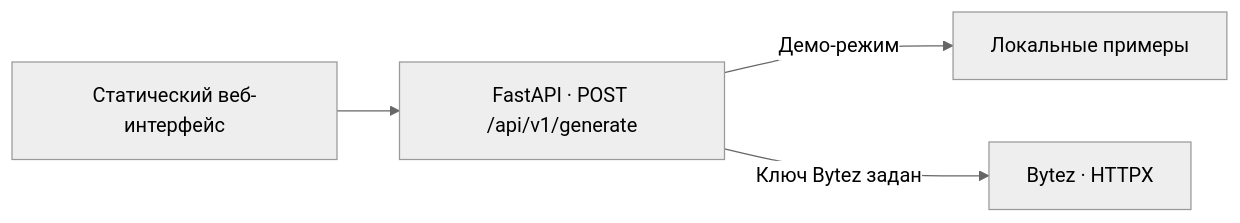
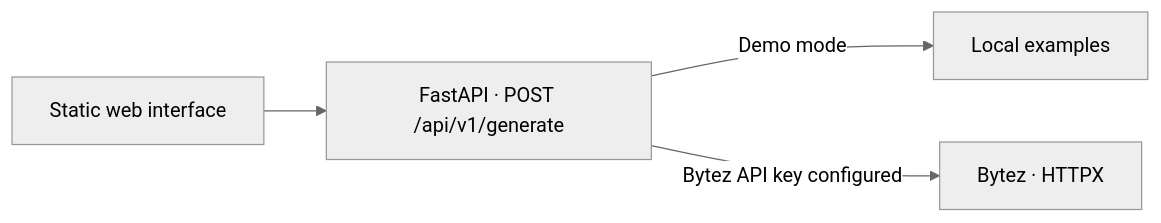
Before and after one commit to Artem7898/QueryCraft_AI: the diagram in README.md, drawn with Mermaid (neutral theme). The commit also changed other lines of this file and 1 other file, not shown here.

````diff
--- a/README.md
+++ b/README.md
@@ -7,6 +9,6 @@
 ```mermaid
 flowchart LR
-    UI["Статический веб-интерфейс"] --> API["FastAPI · POST /api/v1/generate"]
-    API -->|"Демо-режим"| Demo["Локальные примеры"]
-    API -->|"Ключ Bytez задан"| Bytez["Bytez · HTTPX"]
+    UI["Static web interface"] --> API["FastAPI · POST /api/v1/generate"]
+    API -->|"Demo mode"| Demo["Local examples"]
+    API -->|"Bytez API key configured"| Bytez["Bytez · HTTPX"]
 ```
````
